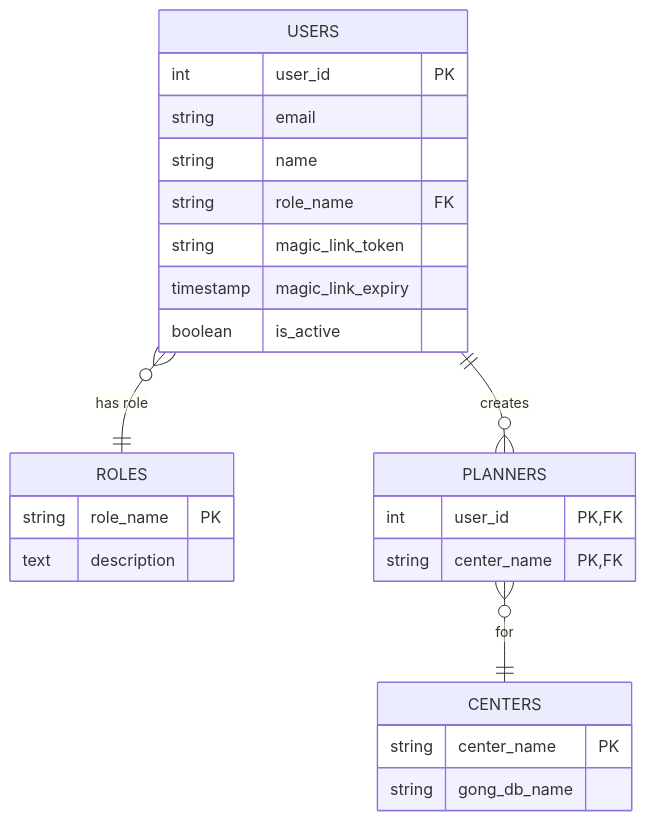
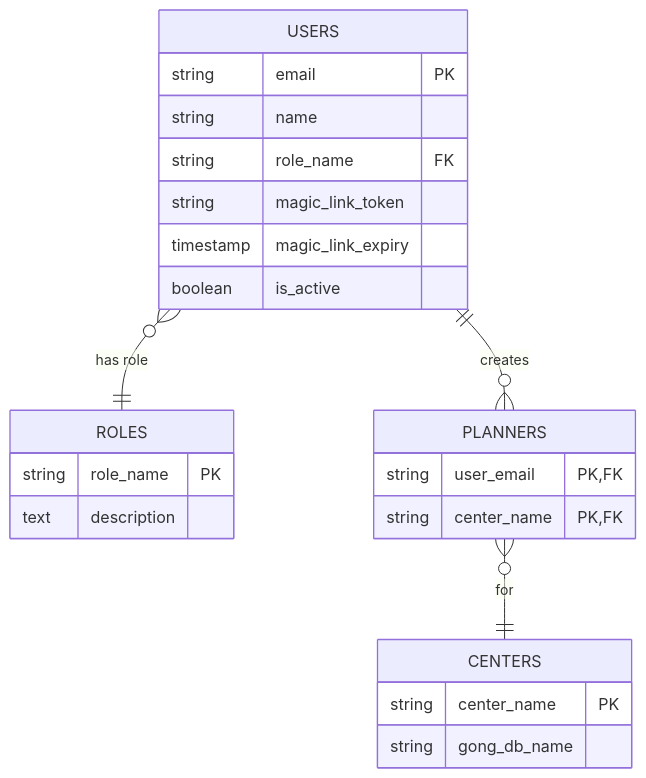
Before and after one commit to s66erge/entan-mkdocs: the diagram in docs/gongprog.md, drawn with Mermaid. The commit also changed other lines of this file and 8 other files, not shown here.

````diff
--- a/docs/gongprog.md
+++ b/docs/gongprog.md
@@ -51,31 +49,30 @@
 ```mermaid
 erDiagram
 
     ROLES {
         string role_name PK
         text description
     }
 
     USERS  }o--|| ROLES : "has role"
     USERS {
-        int user_id PK
-        string email
+        string email PK
         string name
         string role_name FK
         string magic_link_token
         timestamp magic_link_expiry
         boolean is_active
     }
 
     CENTERS {
         string center_name PK
         string gong_db_name
     }
 
     USERS ||--o{ PLANNERS : creates
     PLANNERS }o--|| CENTERS : for
     PLANNERS {
-        int user_id PK, FK
+        string user_email PK, FK
         string center_name PK, FK
     }
 ```
````
